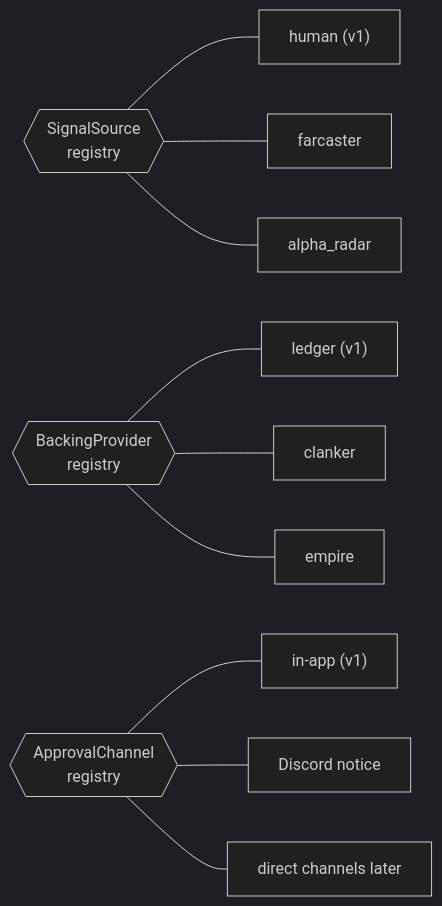
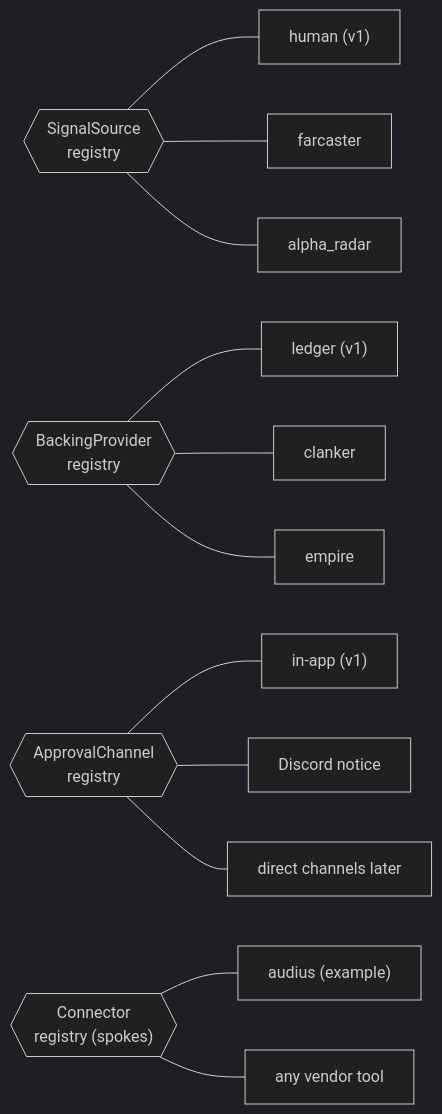
The sixth of 6 diagrams in README.md (bettercallzaal/sparkz), drawn with Mermaid (dark theme) before and after one commit. The commit also changed other lines of this file and 19 other files, not shown here.

````diff
--- a/README.md
+++ b/README.md
@@ -330,6 +331,7 @@
 ```mermaid
 flowchart LR
   R1{{"SignalSource<br/>registry"}} --- H["human (v1)"] & FCa["farcaster"] & AR["alpha_radar"]
   R2{{"BackingProvider<br/>registry"}} --- L["ledger (v1)"] & CL["clanker"] & EMp["empire"]
   R3{{"ApprovalChannel<br/>registry"}} --- IA["in-app (v1)"] & DI["Discord notice"] & TG["direct channels later"]
+  R4{{"Connector<br/>registry (spokes)"}} --- AU["audius (example)"] & VN["any vendor tool"]
 ```
````
